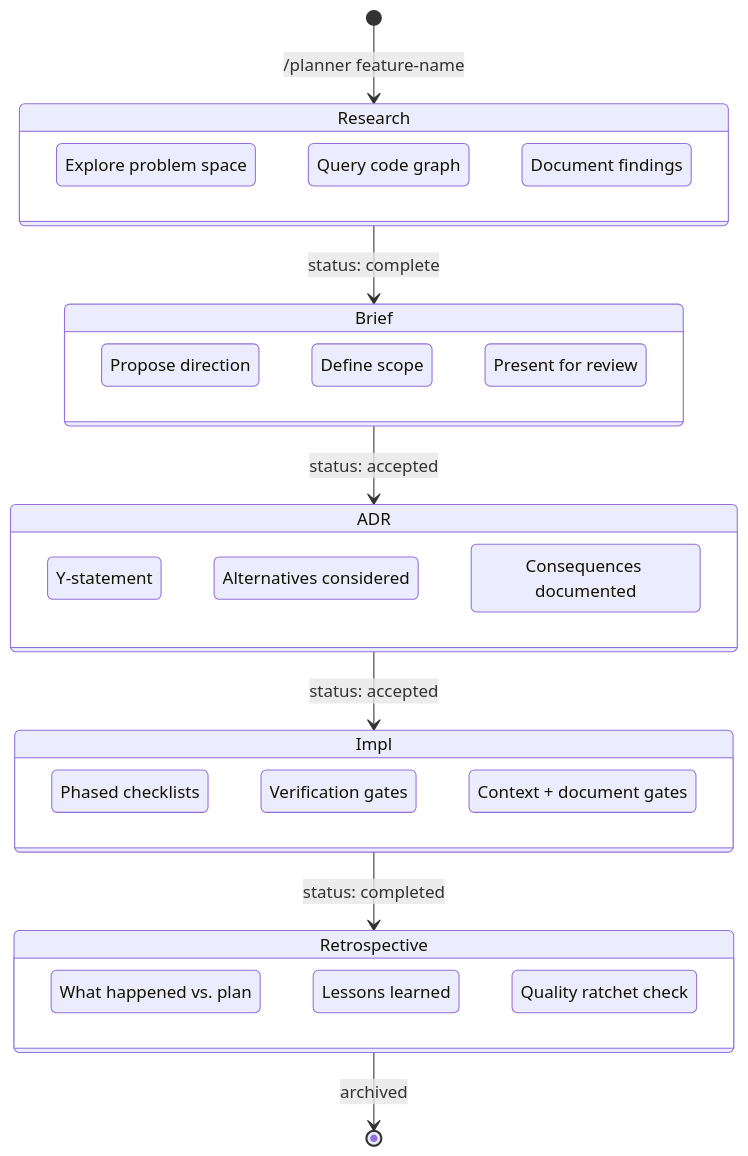
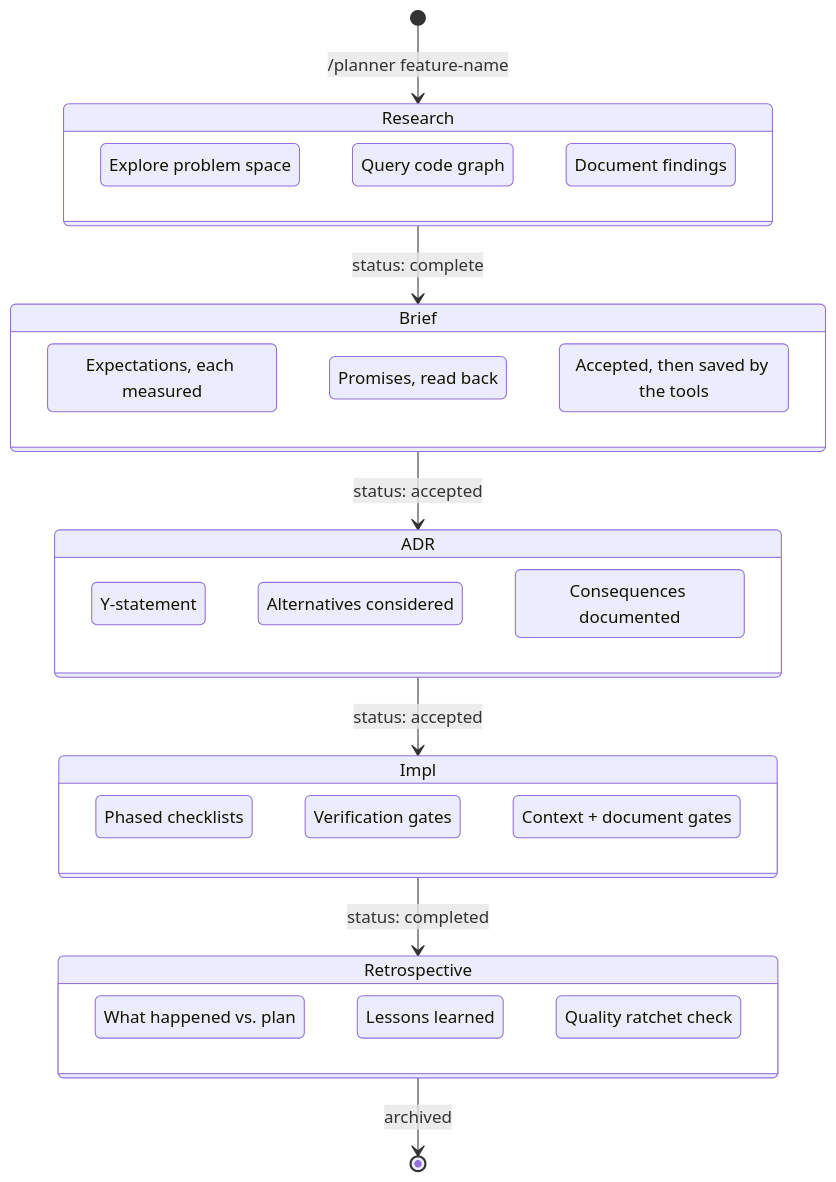
Before and after one commit to infinitedusky/indusk: the first of 3 diagrams in apps/docs/src/reference/skills/plan.md, drawn with Mermaid. The commit also changed other lines of this file and 2 other files, not shown here.

Commit message:
docs: the planner's conversation, the row table's Level and For, and the changelog for planner-promises

````diff
--- a/apps/docs/src/reference/skills/plan.md
+++ b/apps/docs/src/reference/skills/plan.md
@@ -15,39 +15,39 @@
 ```mermaid
 stateDiagram-v2
     [*] --> Research: /planner feature-name
     Research --> Brief: status: complete
     Brief --> ADR: status: accepted
     ADR --> Impl: status: accepted
     Impl --> Retrospective: status: completed
     Retrospective --> [*]: archived
 
     state Research {
         r1: Explore problem space
         r2: Query code graph
         r3: Document findings
     }
 
     state Brief {
-        b1: Propose direction
-        b2: Define scope
-        b3: Present for review
+        b1: Expectations, each measured
+        b2: Promises, read back
+        b3: Accepted, then saved by the tools
     }
 
     state ADR {
         a1: Y-statement
         a2: Alternatives considered
         a3: Consequences documented
     }
 
     state Impl {
         i1: Phased checklists
         i2: Verification gates
         i3: Context + document gates
     }
 
     state Retrospective {
         re1: What happened vs. plan
         re2: Lessons learned
         re3: Quality ratchet check
     }
 ```
````
